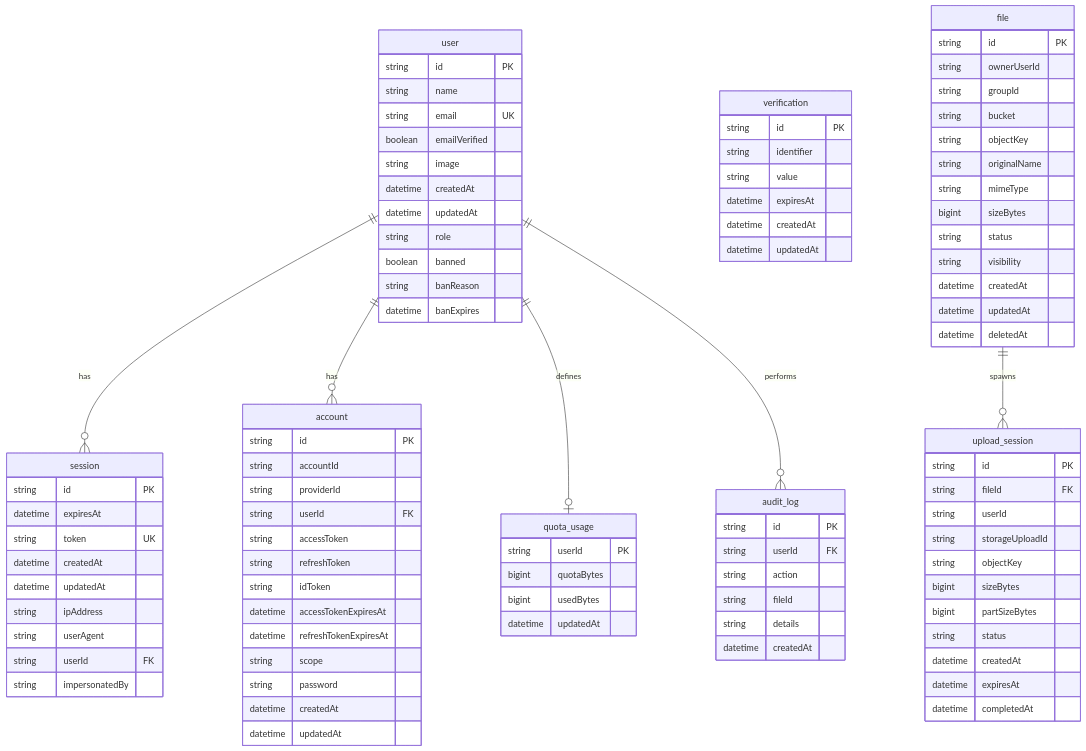
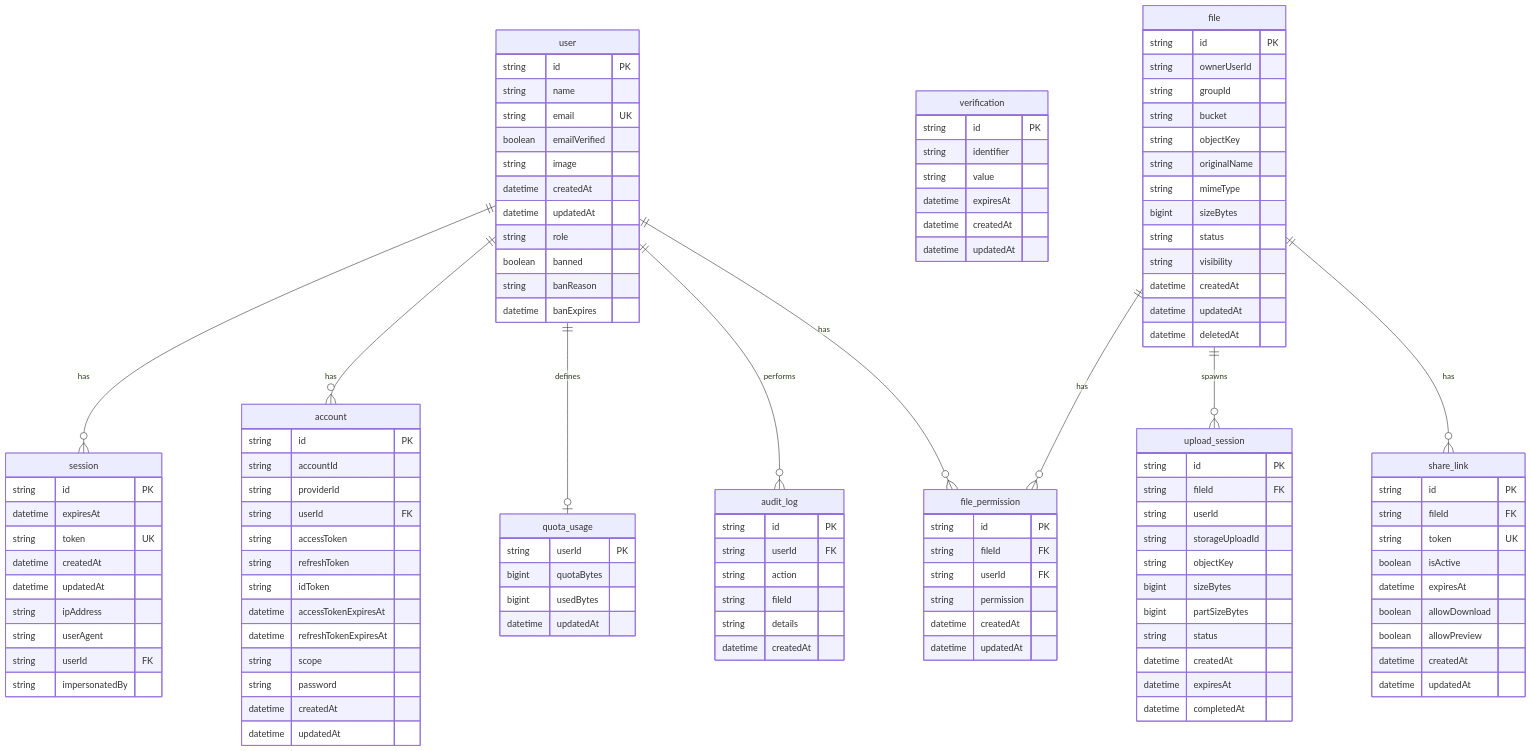
One commit to Tirth1410/File-Storage-System changed the first of 3 diagrams in PROJECT.md. Above: the diagram before and after it, drawn with Mermaid. The commit also changed other lines of this file, not shown here.

Commit message:
docs: update PROJECT.md to reflect new file sharing, permission management, and dashboard features

````diff
--- a/PROJECT.md
+++ b/PROJECT.md
@@ -216,10 +281,32 @@
         string details
         datetime createdAt
     }
+    share_link {
+        string id PK
+        string fileId FK
+        string token UK
+        boolean isActive
+        datetime expiresAt
+        boolean allowDownload
+        boolean allowPreview
+        datetime createdAt
+        datetime updatedAt
+    }
+    file_permission {
+        string id PK
+        string fileId FK
+        string userId FK
+        string permission
+        datetime createdAt
+        datetime updatedAt
+    }
 
     user ||--o{ session : "has"
     user ||--o{ account : "has"
     user ||--o| quota_usage : "defines"
     user ||--o{ audit_log : "performs"
+    user ||--o{ file_permission : "has"
     file ||--o{ upload_session : "spawns"
+    file ||--o{ share_link : "has"
+    file ||--o{ file_permission : "has"
 ```
````
